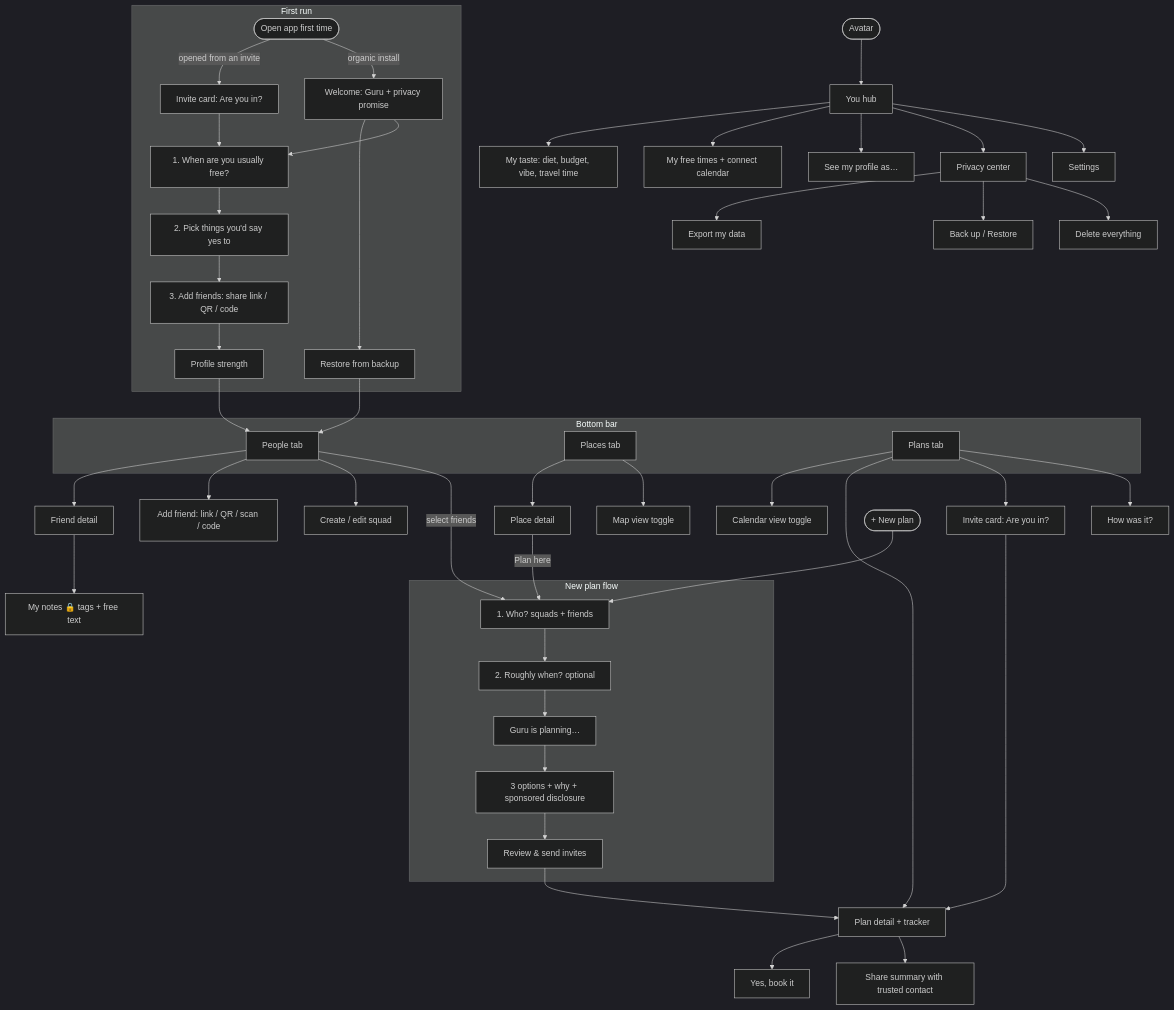
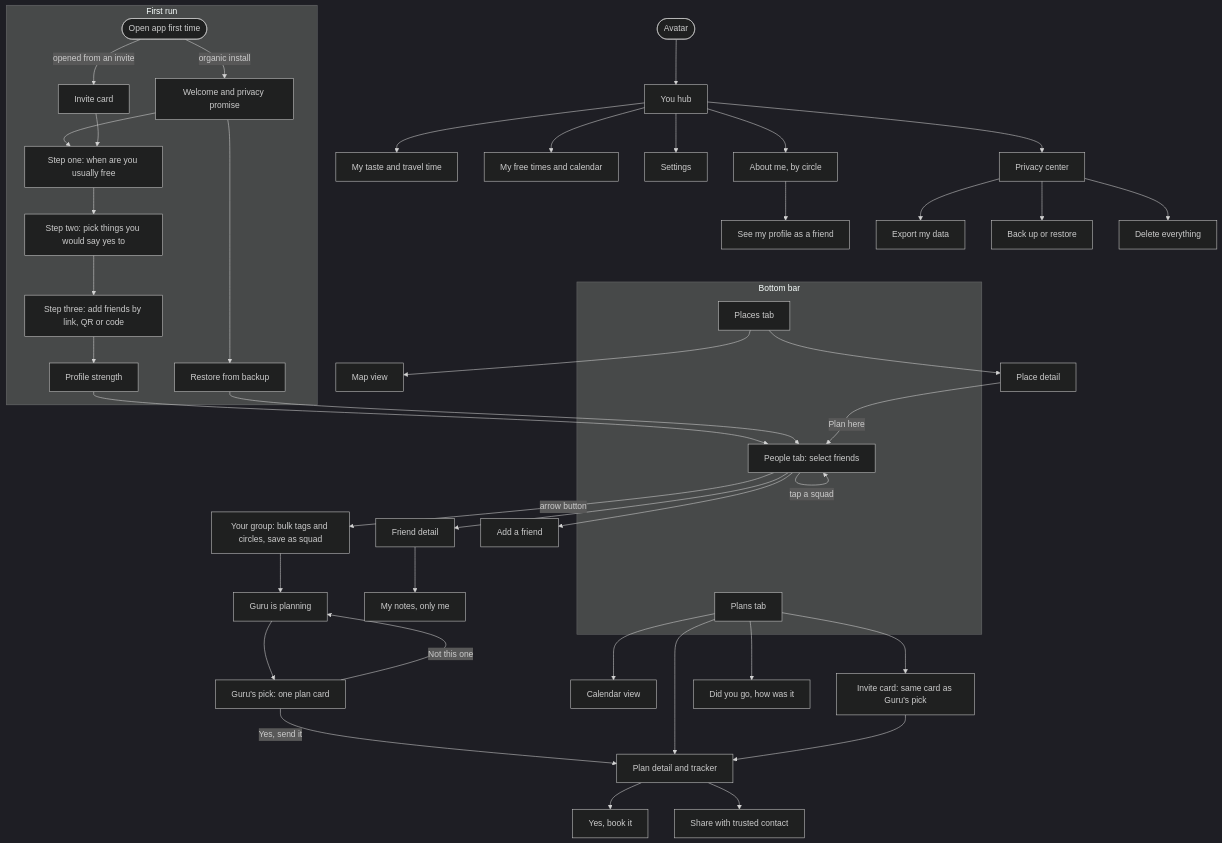
Before and after one commit to elmstreetshawn/plansguru: the diagram in docs/screen-map.md, drawn with Mermaid (dark theme). The commit also changed other lines of this file and 2 other files, not shown here.

Commit message:
Wireframe People-to-Plan flow, add mascot sheet, fix screen map diagram

````diff
--- a/docs/screen-map.md
+++ b/docs/screen-map.md
@@ -28,60 +33,56 @@
 ```mermaid
 flowchart TD
-    subgraph FirstRun[First run]
-        Install([Open app first time])
-        Install -->|opened from an invite| InviteFirst[Invite card: Are you in?]
-        Install -->|organic install| Welcome[Welcome: Guru + privacy promise]
-        Welcome --> Restore[Restore from backup]
-        Welcome --> OB1[1. When are you usually free?]
+    subgraph FirstRun["First run"]
+        Install(["Open app first time"])
+        Install -->|"opened from an invite"| InviteFirst["Invite card"]
+        Install -->|"organic install"| Welcome["Welcome and privacy promise"]
+        Welcome --> Restore["Restore from backup"]
+        Welcome --> OB1["Step one: when are you usually free"]
         InviteFirst --> OB1
-        OB1 --> OB2[2. Pick things you'd say yes to]
-        OB2 --> OB3[3. Add friends: share link / QR / code]
-        OB3 --> Strength[Profile strength]
+        OB1 --> OB2["Step two: pick things you would say yes to"]
+        OB2 --> OB3["Step three: add friends by link, QR or code"]
+        OB3 --> Strength["Profile strength"]
     end
 
     Strength --> People
     Restore --> People
 
-    subgraph Tabs[Bottom bar]
-        People[People tab]
-        Places[Places tab]
-        Plans[Plans tab]
+    subgraph Tabs["Bottom bar"]
+        People["People tab: select friends"]
+        Places["Places tab"]
+        Plans["Plans tab"]
     end
 
-    People --> FriendDetail[Friend detail]
-    FriendDetail --> MyNotes[My notes 🔒 tags + free text]
-    People --> AddFriend[Add friend: link / QR / scan / code]
-    People --> SquadEdit[Create / edit squad]
-    People -->|select friends| NP1
+    People --> FriendDetail["Friend detail"]
+    FriendDetail --> MyNotes["My notes, only me"]
+    People --> AddFriend["Add a friend"]
+    People -->|"tap a squad"| People
+    People -->|"arrow button"| Group["Your group: bulk tags and circles, save as squad"]
+    Group --> Thinking["Guru is planning"]
+    Thinking --> Proposal["Guru's pick: one plan card"]
+    Proposal -->|"Not this one"| Thinking
+    Proposal -->|"Yes, send it"| PlanDetail["Plan detail and tracker"]
 
-    Places --> PlaceDetail[Place detail]
-    Places --> PlacesMap[Map view toggle]
-    PlaceDetail -->|Plan here| NP1
+    Places --> PlaceDetail["Place detail"]
+    Places --> PlacesMap["Map view"]
+    PlaceDetail -->|"Plan here"| People
 
-    Plans --> PlansCal[Calendar view toggle]
-    Plans --> PlanDetail[Plan detail + tracker]
-    Plans --> InviteCard[Invite card: Are you in?]
+    Plans --> PlansCal["Calendar view"]
+    Plans --> PlanDetail
+    Plans --> InviteCard["Invite card: same card as Guru's pick"]
     InviteCard --> PlanDetail
-    PlanDetail --> BookIt[Yes, book it]
-    PlanDetail --> ShareSafety[Share summary with trusted contact]
-    Plans --> HowWasIt[How was it?]
+    PlanDetail --> BookIt["Yes, book it"]
+    PlanDetail --> ShareSafety["Share with trusted contact"]
+    Plans --> HowWasIt["Did you go, how was it"]
 
-    FAB([+ New plan]) --> NP1
-    subgraph NewPlan[New plan flow]
-        NP1[1. Who? squads + friends] --> NP2[2. Roughly when? optional]
-        NP2 --> NP3[Guru is planning…]
-        NP3 --> NP4[3 options + why + sponsored disclosure]
-        NP4 --> NP5[Review & send invites]
-    end
-    NP5 --> PlanDetail
-
-    Avatar([Avatar]) --> You[You hub]
-    You --> Taste[My taste: diet, budget, vibe, travel time]
-    You --> FreeTimes[My free times + connect calendar]
-    You --> ViewAs[See my profile as…]
-    You --> Privacy[Privacy center]
-    Privacy --> Export[Export my data]
-    Privacy --> Backup[Back up / Restore]
-    Privacy --> DeleteAll[Delete everything]
-    You --> Settings[Settings]
+    Avatar(["Avatar"]) --> You["You hub"]
+    You --> AboutMe["About me, by circle"]
+    AboutMe --> ViewAs["See my profile as a friend"]
+    You --> Taste["My taste and travel time"]
+    You --> FreeTimes["My free times and calendar"]
+    You --> Privacy["Privacy center"]
+    Privacy --> Export["Export my data"]
+    Privacy --> Backup["Back up or restore"]
+    Privacy --> DeleteAll["Delete everything"]
+    You --> Settings["Settings"]
 ```
````
